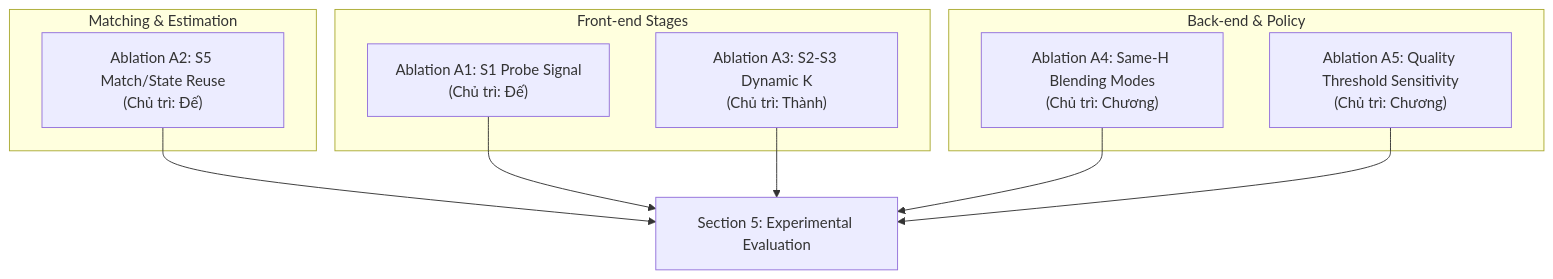
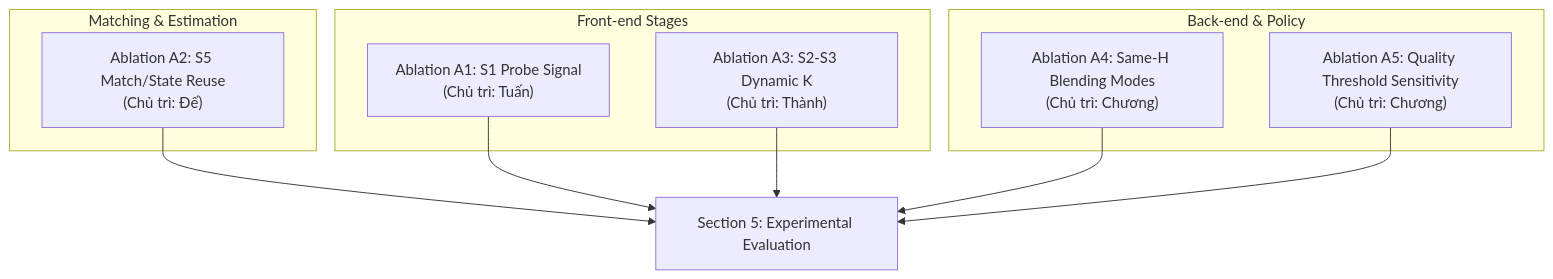
The diagram in docs/experiments/ablation-studies.md (nh-atuan/crossstage-stitch), drawn with Mermaid before and after one commit. The commit also changed other lines of this file and 1 other file, not shown here.

Commit message:
docs: reassign ablation A1 to Tuan and refine Phase 3 task ownership

````diff
--- a/docs/experiments/ablation-studies.md
+++ b/docs/experiments/ablation-studies.md
@@ -23,19 +23,19 @@
 ```mermaid
 flowchart TD
     subgraph S1_S3["Front-end Stages"]
-        A1["Ablation A1: S1 Probe Signal<br/>(Chủ trì: Đế)"]
+        A1["Ablation A1: S1 Probe Signal<br/>(Chủ trì: Tuấn)"]
         A3["Ablation A3: S2-S3 Dynamic K<br/>(Chủ trì: Thành)"]
     end
     subgraph S4_S5["Matching & Estimation"]
         A2["Ablation A2: S5 Match/State Reuse<br/>(Chủ trì: Đế)"]
     end
     subgraph S6_QoR["Back-end & Policy"]
         A4["Ablation A4: Same-H Blending Modes<br/>(Chủ trì: Chương)"]
         A5["Ablation A5: Quality Threshold Sensitivity<br/>(Chủ trì: Chương)"]
     end
     A1 --> Paper["Section 5: Experimental Evaluation"]
     A2 --> Paper
     A3 --> Paper
     A4 --> Paper
     A5 --> Paper
 ```
````
